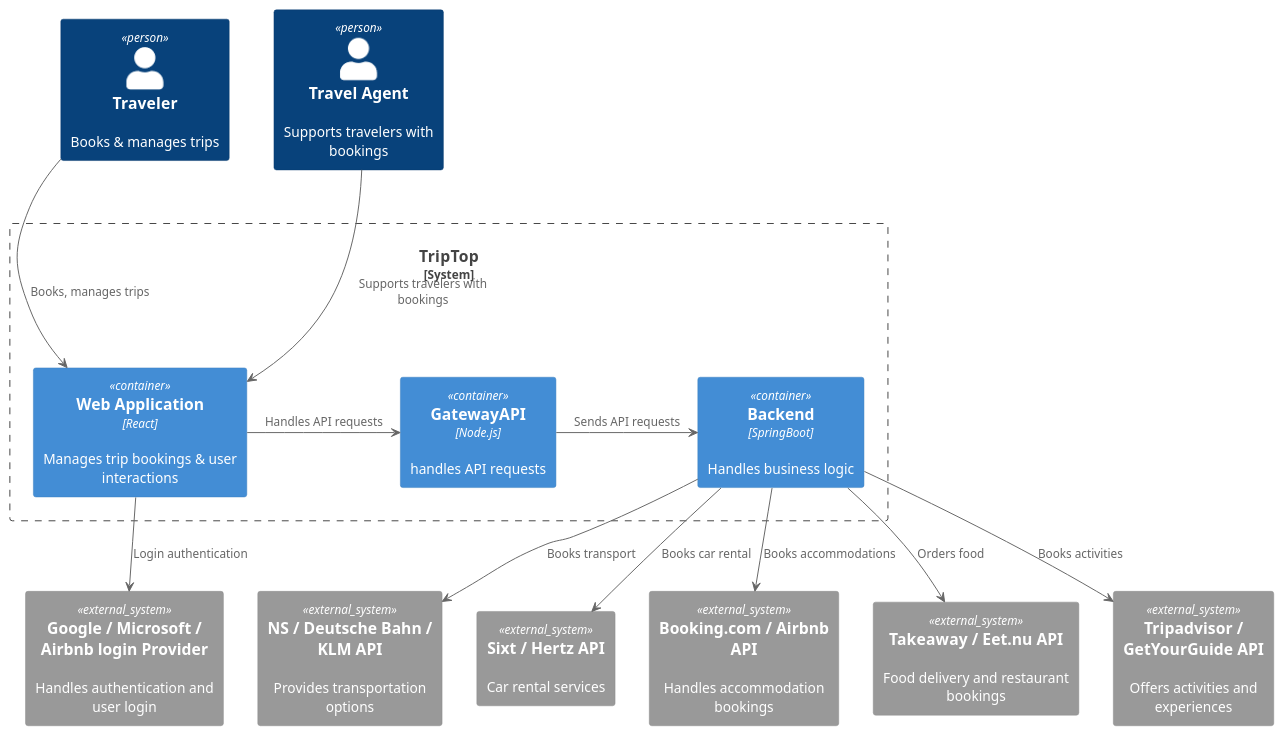
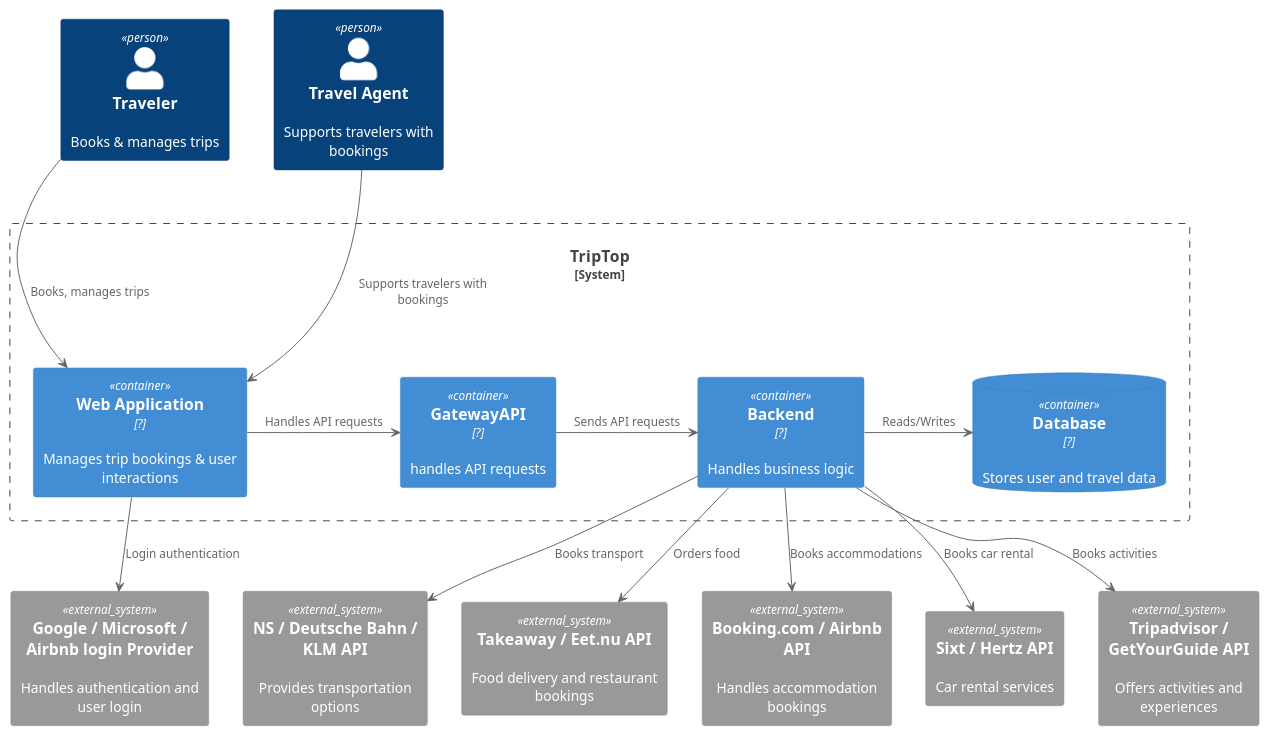
The diagram in opdracht-diagrammen/ContainerDiagram - Jordy.puml (AIM-ENE-feb25/triptop-groep-3), drawn with PlantUML before and after one commit.

Commit message:
Update Container Diagram 2

```diff
--- a/opdracht-diagrammen/ContainerDiagram - Jordy.puml
+++ b/opdracht-diagrammen/ContainerDiagram - Jordy.puml
@@ -1,51 +1,50 @@
 @startuml C4_Elements
 !include https://raw.githubusercontent.com/plantuml-stdlib/C4-PlantUML/master/C4_Container.puml
 ' Define Users
 Person(Traveler, "Traveler", "Books & manages trips")
 Person(TravelAgent, "Travel Agent", "Supports travelers with bookings")
 
 ' Define System
 System_Boundary(TripTop, "TripTop", $link="https://github.com/plantuml-stdlib/C4-PlantUML") {
-    Container(WebApp, "Web Application", "React", "Manages trip bookings & user interactions")
-
-
 
 ' Define Containers
-Container(GatewayAPI, "GatewayAPI", "Node.js", "handles API requests")
-Container(Backend, "Backend", "SpringBoot", "Handles business logic")
+Container(WebApp, "Web Application", "?", "Manages trip bookings & user interactions")
+Container(GatewayAPI, "GatewayAPI", "?", "handles API requests")
+Container(Backend, "Backend", "?", "Handles business logic")
+ContainerDb(Database, "Database", ?, "Stores user and travel data")
+}
 
-}
 ' Define External Systems
 System_Ext(Booking, "Booking.com / Airbnb API", "Handles accommodation bookings")
 System_Ext(Transport, "NS / Deutsche Bahn / KLM API", "Provides transportation options")
 System_Ext(CarRent, "Sixt / Hertz API", "Car rental services")
 System_Ext(Activities, "Tripadvisor / GetYourGuide API", "Offers activities and experiences")
 System_Ext(Food, "Takeaway / Eet.nu API", "Food delivery and restaurant bookings")
 System_Ext(IdProvider, "Google / Microsoft / Airbnb login Provider", "Handles authentication and user login")
 
 ' Relationships
 Traveler -> WebApp : "Books, manages trips"
 TravelAgent -> WebApp : "Supports travelers with bookings"
 WebApp -> GatewayAPI : "Handles API requests"
 GatewayAPI -> Backend : "Sends API requests"
 Backend -> Booking : "Books accommodations"
 Backend -> Transport : "Books transport"
 Backend -> CarRent : "Books car rental"
 Backend -> Activities : "Books activities"
 Backend -> Food : "Orders food"
+Backend -> Database : "Reads/Writes"
 WebApp -> IdProvider : "Login authentication"
 
 ' Positioning
 Traveler -[hidden]-> TripTop
 TravelAgent -[hidden]-> TripTop
-
 TripTop -[hidden]-> GatewayAPI
 GatewayAPI -[hidden]-> Booking
 GatewayAPI -[hidden]-> Transport
 GatewayAPI -[hidden]-> CarRent
 GatewayAPI -[hidden]-> Activities
 GatewayAPI -[hidden]-> Food
 GatewayAPI -[hidden]-> IdProvider
 
 
 @enduml
```
